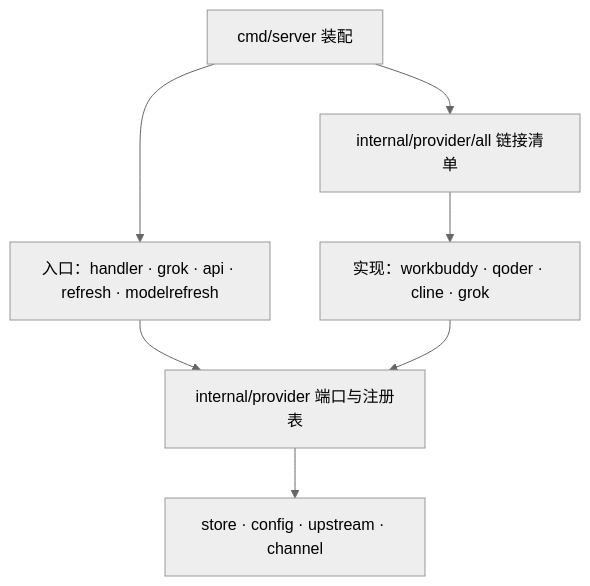
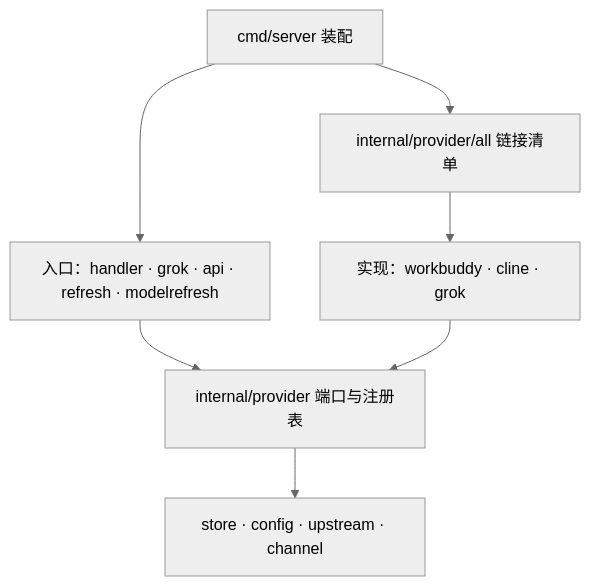
The second of 2 diagrams in docs/architecture.md (zhangdailin/API-Console), drawn with Mermaid (neutral theme) before and after one commit. The commit also changed other lines of this file and 282 other files, not shown here.

````diff
--- a/docs/architecture.md
+++ b/docs/architecture.md
@@ -111,9 +110,9 @@
 ```mermaid
 flowchart TD
     M[cmd/server 装配] --> E[入口：handler · grok · api · refresh · modelrefresh]
     M --> L[internal/provider/all 链接清单]
     E --> P[internal/provider 端口与注册表]
-    L --> I[实现：workbuddy · qoder · cline · grok]
+    L --> I[实现：workbuddy · cline · grok]
     I --> P
     P --> D[store · config · upstream · channel]
 ```
````
